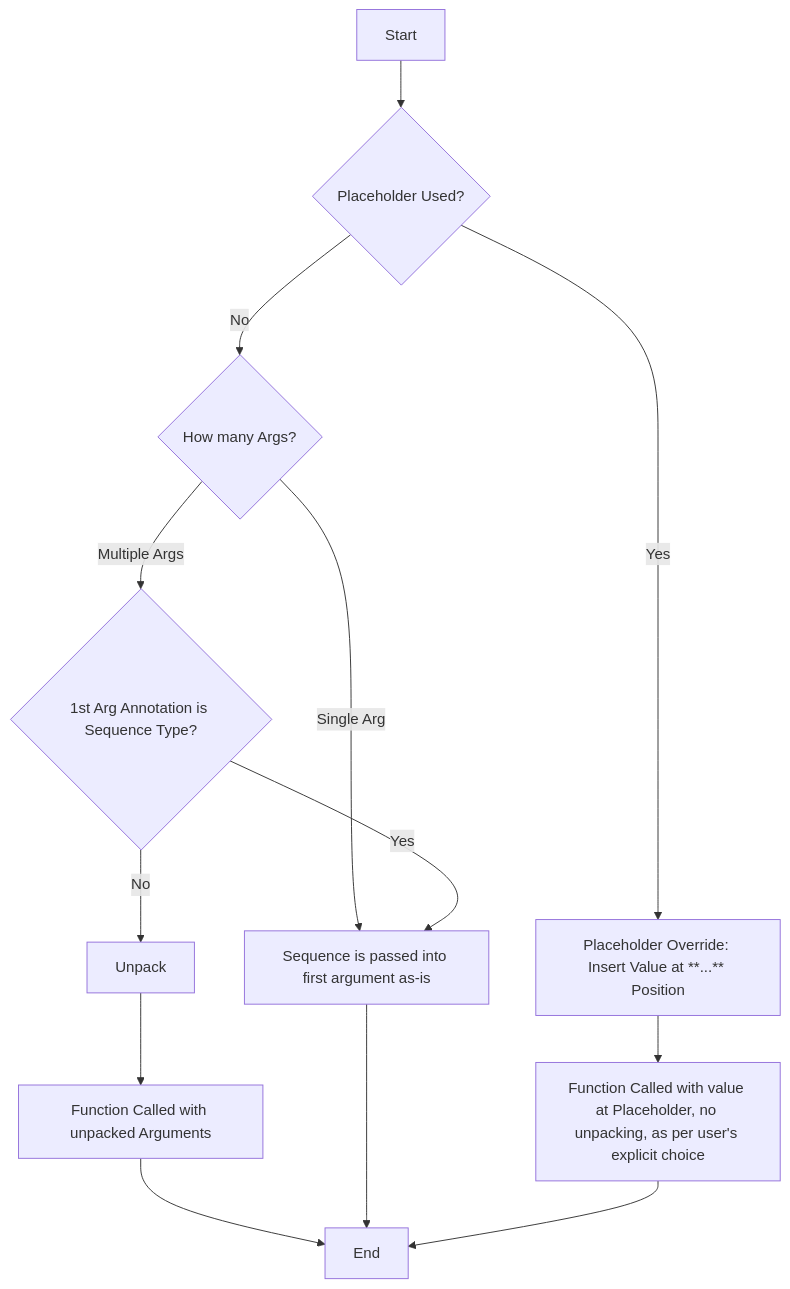
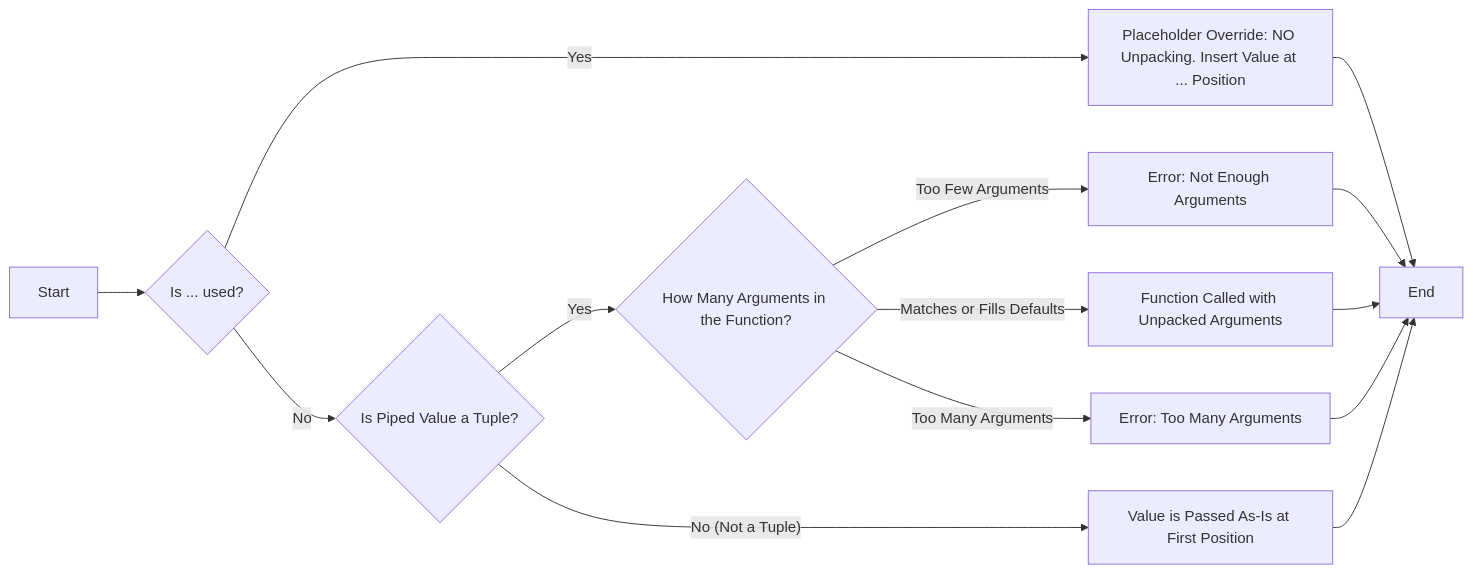
One commit to amogorkon/pypeduct changed the diagram in docs/argument_unpacking_spec.md. Above: the diagram before and after it, drawn with Mermaid. The commit also changed other lines of this file, not shown here.

Commit message:
revised argument unpacking spec

````diff
--- a/docs/argument_unpacking_spec.md
+++ b/docs/argument_unpacking_spec.md
@@ -21,15 +21,16 @@
 ```mermaid
-graph TB
-    A[Start] --> B{Placeholder Used?}
-    B -- Yes --> C[Placeholder Override: Insert Value at **...** Position]
-    B -- No --> D{How many Args?}
-    D -- Single Arg --> I[Function Called with Sequence as Single Arg]
-    D -- Multiple Args --> E{1st Arg Annotation is Sequence Type?}
-    E -- No --> F[Unpack]
-    E -- Yes --> I[Sequence is passed into first argument as-is]
-    F --> H[Function Called with unpacked Arguments]
-    C --> J[Function Called with value at Placeholder, no unpacking, as per user's explicit choice]
-    H --> K[End]
-    I --> K
-    J --> K
+graph LR
+    A[Start] --> B{Is ... used?}
+    B -- Yes --> E[Placeholder Override: NO Unpacking. Insert Value at ... Position]
+    E --> Z
+    B -- No --> C{Is Piped Value a Tuple?}
+    C -- No (Not a Tuple) -->  I[Value is Passed As-Is at First Position]
+    C -- Yes --> F{How Many Arguments in the Function?}
+    F -- Too Few Arguments --> G[Error: Not Enough Arguments]
+    F -- Matches or Fills Defaults --> H[Function Called with Unpacked Arguments]
+    F -- Too Many Arguments --> J[Error: Too Many Arguments]
+    G --> Z[End]
+    H --> Z
+    J --> Z
+    I --> Z
 ```
````
